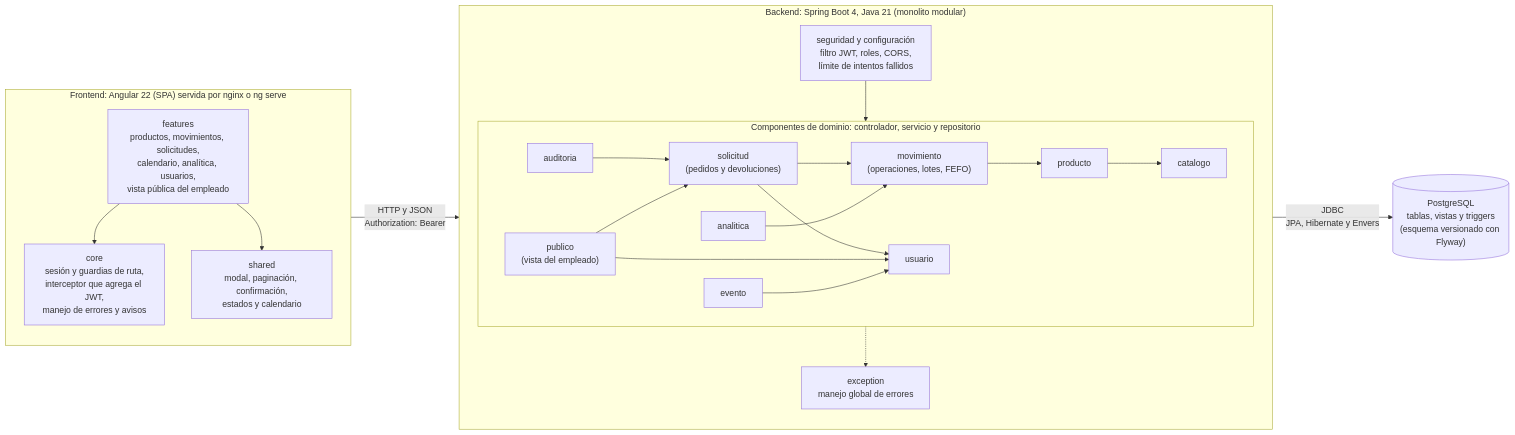
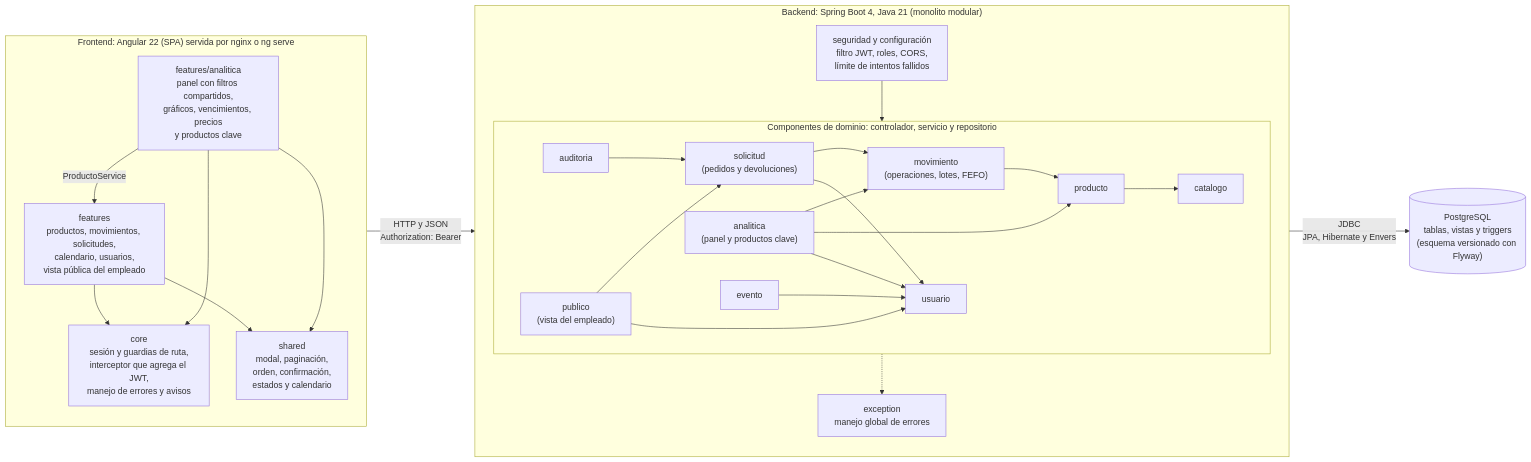
One commit to ezequielesq/SAN-BERNARDO-MALLEN-GONZALEZ-PTY4614-002D-EQUIPO-3 changed the sixth of 6 diagrams in FASE 2/EVIDENCIAS PROYECTO/EVIDENCIAS DE DOCUMENTACIÓN/08-DIAGRAMAS-UML.md. Above: the diagram before and after it, drawn with Mermaid. The commit also changed other lines of this file and 4 other files, not shown here.

Commit message:
docs: actualiza los diagramas UML con el panel de analítica

````diff
--- a/FASE 2/EVIDENCIAS PROYECTO/EVIDENCIAS DE DOCUMENTACIÓN/08-DIAGRAMAS-UML.md
+++ b/FASE 2/EVIDENCIAS PROYECTO/EVIDENCIAS DE DOCUMENTACIÓN/08-DIAGRAMAS-UML.md
@@ -296,45 +322,51 @@
 ```mermaid
 flowchart LR
     subgraph FE["Frontend: Angular 22 (SPA) servida por nginx o ng serve"]
         direction TB
         FCORE["core<br/>sesión y guardias de ruta,<br/>interceptor que agrega el JWT,<br/>manejo de errores y avisos"]
-        FFEAT["features<br/>productos, movimientos, solicitudes,<br/>calendario, analítica, usuarios,<br/>vista pública del empleado"]
-        FSH["shared<br/>modal, paginación, confirmación,<br/>estados y calendario"]
+        FFEAT["features<br/>productos, movimientos, solicitudes,<br/>calendario, usuarios,<br/>vista pública del empleado"]
+        FANA["features/analitica<br/>panel con filtros compartidos,<br/>gráficos, vencimientos, precios<br/>y productos clave"]
+        FSH["shared<br/>modal, paginación,<br/>orden, confirmación,<br/>estados y calendario"]
         FFEAT --> FCORE
         FFEAT --> FSH
+        FANA --> FCORE
+        FANA --> FSH
+        FANA -- "ProductoService" --> FFEAT
     end
 
     subgraph BE["Backend: Spring Boot 4, Java 21 (monolito modular)"]
         direction TB
         SEC["seguridad y configuración<br/>filtro JWT, roles, CORS,<br/>límite de intentos fallidos"]
         subgraph DOM["Componentes de dominio: controlador, servicio y repositorio"]
             direction LR
             PRO["producto"]
             CAT["catalogo"]
             MOV["movimiento<br/>(operaciones, lotes, FEFO)"]
             SOL["solicitud<br/>(pedidos y devoluciones)"]
             USU["usuario"]
             EVE["evento"]
-            ANA["analitica"]
+            ANA["analitica<br/>(panel y productos clave)"]
             AUD["auditoria"]
             PUB["publico<br/>(vista del empleado)"]
         end
         EXC["exception<br/>manejo global de errores"]
         SEC --> DOM
         DOM -.-> EXC
         PRO --> CAT
         MOV --> PRO
         SOL --> MOV
         SOL --> USU
         ANA --> MOV
+        ANA --> PRO
+        ANA --> USU
         AUD --> SOL
         PUB --> SOL
         PUB --> USU
         EVE --> USU
     end
 
     DB[("PostgreSQL<br/>tablas, vistas y triggers<br/>(esquema versionado con Flyway)")]
 
     FCORE -- "HTTP y JSON<br/>Authorization: Bearer" --> SEC
     DOM -- "JDBC<br/>JPA, Hibernate y Envers" --> DB
 ```
````
